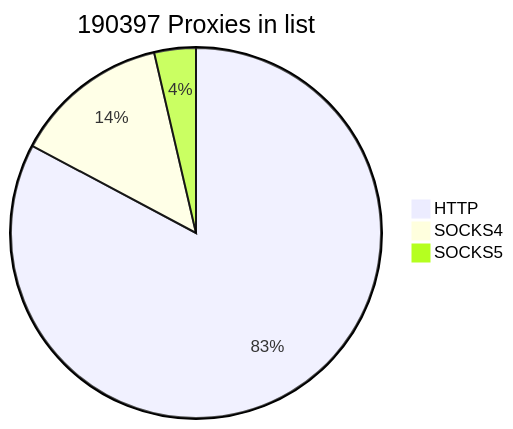
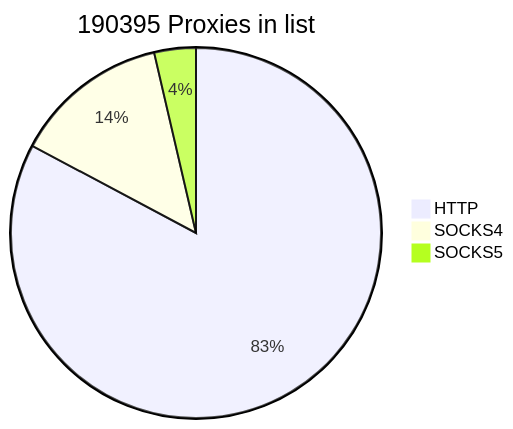
One commit to cutipu/proxylist changed the first of 2 diagrams in README.md. Above: the diagram before and after it, drawn with Mermaid. The commit also changed other lines of this file, not shown here.

````diff
--- a/README.md
+++ b/README.md
@@ -2,7 +2,7 @@
 ```mermaid
-pie title 190397 Proxies in list
-    "HTTP" : 157621
-    "SOCKS4" : 25862
-    "SOCKS5" : 6914
+pie title 190395 Proxies in list
+    "HTTP" : 157622
+    "SOCKS4" : 25860
+    "SOCKS5" : 6913
             
 ```
````
